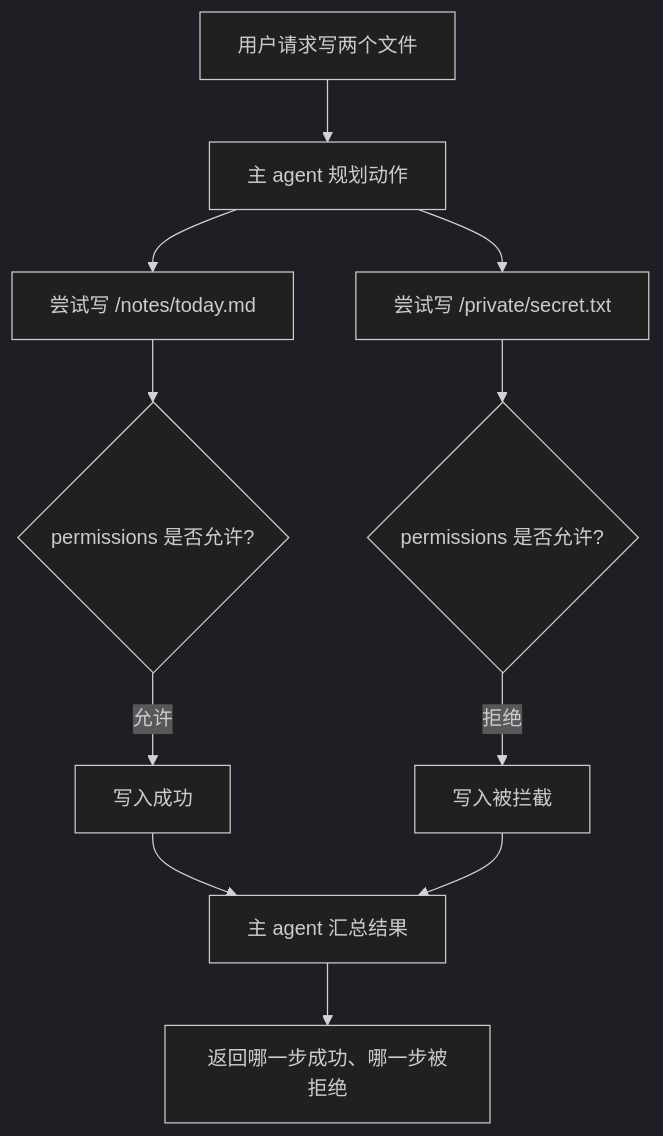
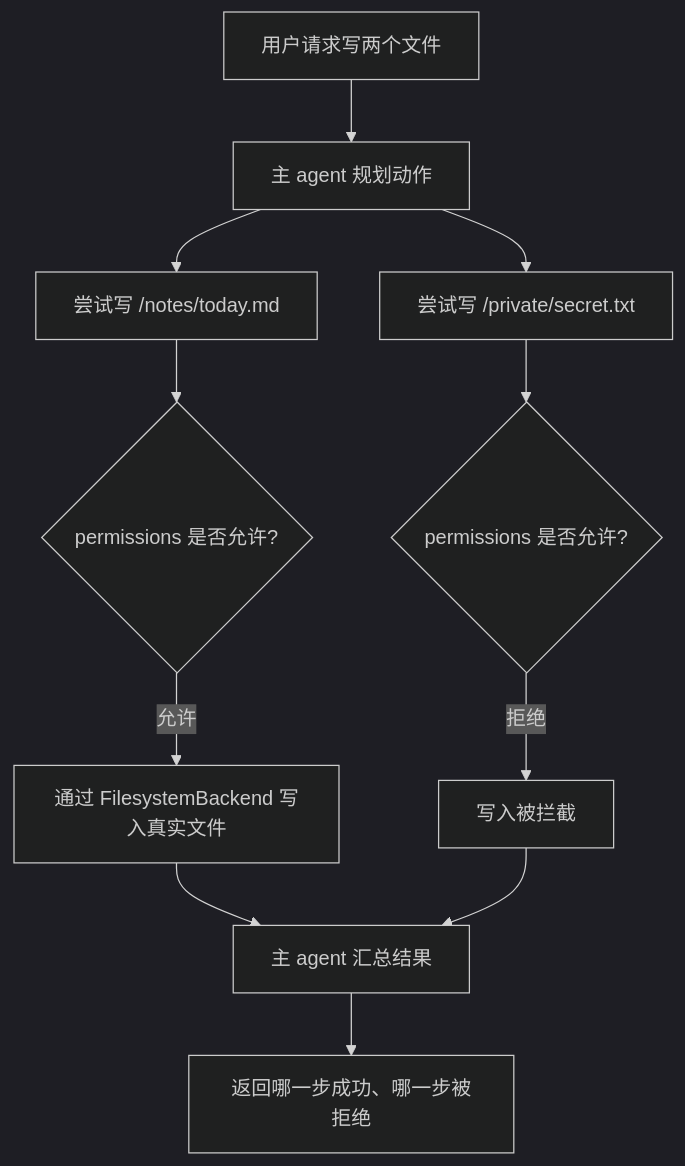
One commit to read2017/deep-agents-t1 changed the sixth of 10 diagrams in deepagents_demo_flow.md. Above: the diagram before and after it, drawn with Mermaid (dark theme). The commit also changed other lines of this file and 6 other files, not shown here.

````diff
--- a/deepagents_demo_flow.md
+++ b/deepagents_demo_flow.md
@@ -456,13 +457,13 @@
 ```mermaid
 flowchart TD
     A["用户请求写两个文件"] --> B["主 agent 规划动作"]
     B --> C["尝试写 /notes/today.md"]
     B --> D["尝试写 /private/secret.txt"]
     C --> E{"permissions 是否允许?"}
     D --> F{"permissions 是否允许?"}
-    E -- "允许" --> G["写入成功"]
+    E -- "允许" --> G["通过 FilesystemBackend 写入真实文件"]
     F -- "拒绝" --> H["写入被拦截"]
     G --> I["主 agent 汇总结果"]
     H --> I
     I --> J["返回哪一步成功、哪一步被拒绝"]
 ```
````
